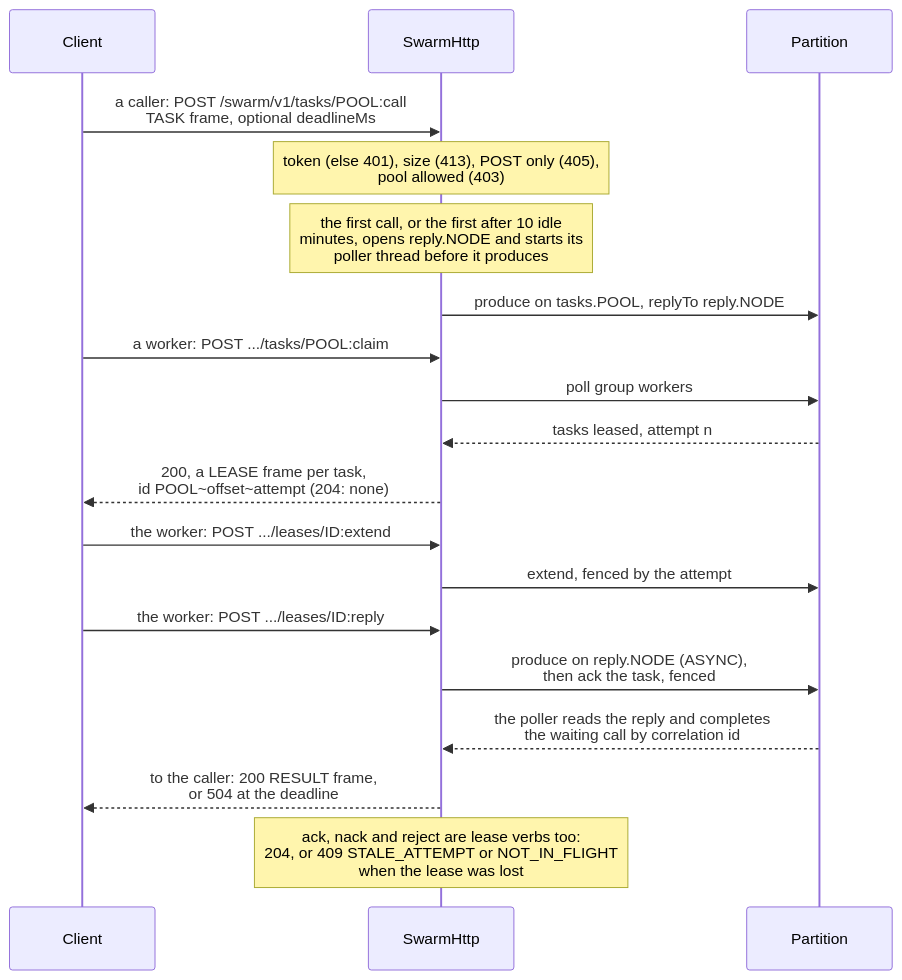
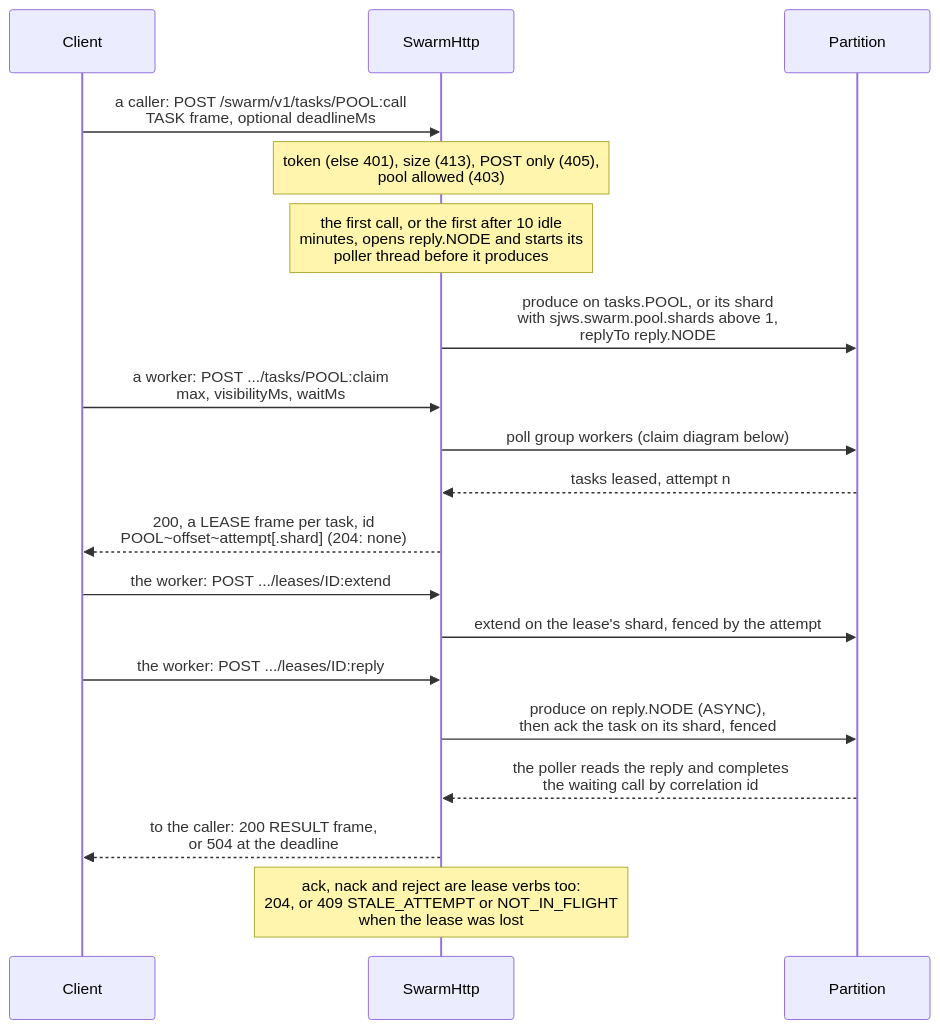
The second of 3 diagrams in docs/design/agent-swarm.md (BlivionIaG/sjws_nettask), drawn with Mermaid before and after one commit. The commit also changed other lines of this file and 7 other files, not shown here.

First line of the commit message:
docs: update the diagrams for the 30 new master commits

````diff
--- a/docs/design/agent-swarm.md
+++ b/docs/design/agent-swarm.md
@@ -173,22 +173,22 @@
 ```mermaid
 sequenceDiagram
     participant C as Client
     participant S as SwarmHttp
     participant M as Partition
 
     C->>S: a caller: POST /swarm/v1/tasks/POOL:call<br/>TASK frame, optional deadlineMs
     Note over S: token (else 401), size (413), POST only (405),<br/>pool allowed (403)
     Note over S: the first call, or the first after 10 idle<br/>minutes, opens reply.NODE and starts its<br/>poller thread before it produces
-    S->>M: produce on tasks.POOL, replyTo reply.NODE
-    C->>S: a worker: POST .../tasks/POOL:claim
-    S->>M: poll group workers
+    S->>M: produce on tasks.POOL, or its shard<br/>with sjws.swarm.pool.shards above 1,<br/>replyTo reply.NODE
+    C->>S: a worker: POST .../tasks/POOL:claim<br/>max, visibilityMs, waitMs
+    S->>M: poll group workers (claim diagram below)
     M-->>S: tasks leased, attempt n
-    S-->>C: 200, a LEASE frame per task,<br/>id POOL~offset~attempt (204: none)
+    S-->>C: 200, a LEASE frame per task, id<br/>POOL~offset~attempt[.shard] (204: none)
     C->>S: the worker: POST .../leases/ID:extend
-    S->>M: extend, fenced by the attempt
+    S->>M: extend on the lease's shard, fenced by the attempt
     C->>S: the worker: POST .../leases/ID:reply
-    S->>M: produce on reply.NODE (ASYNC),<br/>then ack the task, fenced
+    S->>M: produce on reply.NODE (ASYNC),<br/>then ack the task on its shard, fenced
     M-->>S: the poller reads the reply and completes<br/>the waiting call by correlation id
     S-->>C: to the caller: 200 RESULT frame,<br/>or 504 at the deadline
     Note over S: ack, nack and reject are lease verbs too:<br/>204, or 409 STALE_ATTEMPT or NOT_IN_FLIGHT<br/>when the lease was lost
 ```
````
